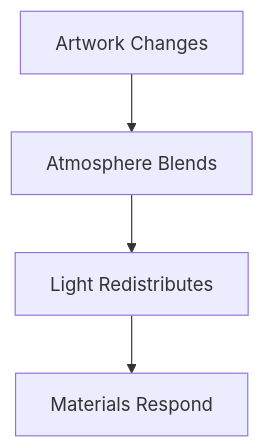
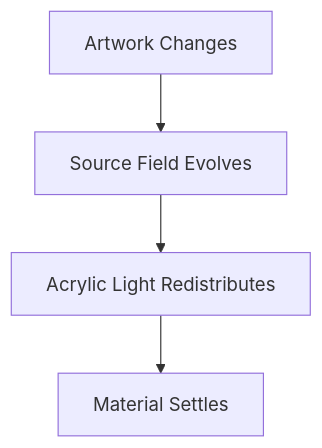
The sixth of 7 diagrams in docs/design/system/mds-003-material-system/09-light-transport.md (mosaic-media/architecture), drawn with Mermaid before and after one commit. The commit also changed other lines of this file and 12 other files, not shown here.

Commit message:
docs(mds-003): define refraction architecture

````diff
--- a/docs/design/system/mds-003-material-system/09-light-transport.md
+++ b/docs/design/system/mds-003-material-system/09-light-transport.md
@@ -260,12 +373,12 @@
 ```mermaid
 flowchart TD
 
 N1["Artwork Changes"]
-N2["Atmosphere Blends"]
-N3["Light Redistributes"]
-N4["Materials Respond"]
+N2["Source Field Evolves"]
+N3["Acrylic Light Redistributes"]
+N4["Material Settles"]
 
 N1 --> N2
 N2 --> N3
 N3 --> N4
 ```
````
